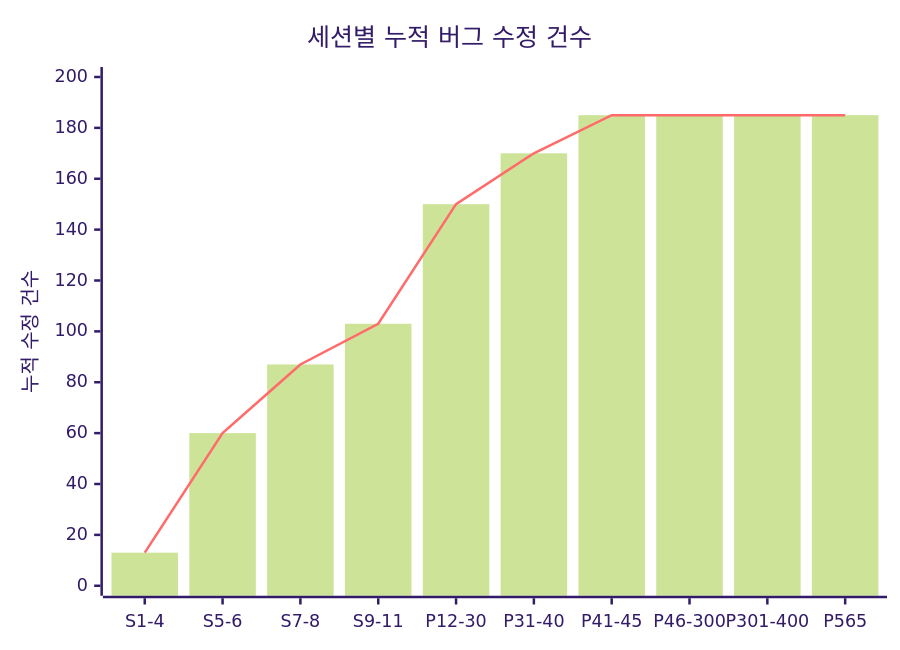
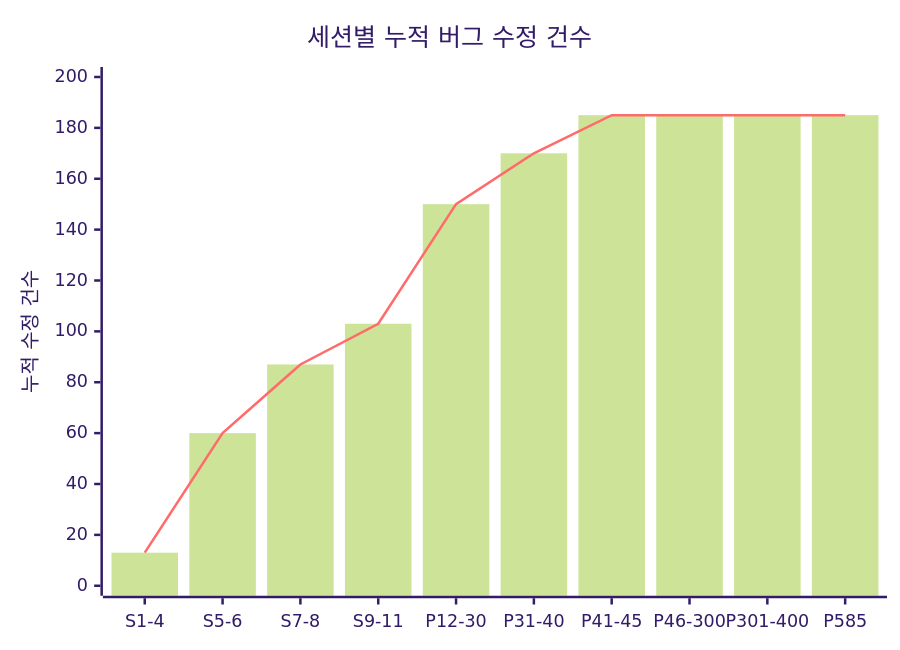
Diagram 22 of 30 in README.md (sun475300-sudo/Swarm-control-in-sc2bot), drawn with Mermaid (forest theme) before and after one commit. The commit also changed other lines of this file, not shown here.

````diff
--- a/README.md
+++ b/README.md
@@ -1244,8 +1014,8 @@
 ```mermaid
 xychart-beta
     title "세션별 누적 버그 수정 건수"
-    x-axis ["S1-4", "S5-6", "S7-8", "S9-11", "P12-30", "P31-40", "P41-45", "P46-300", "P301-400", "P565"]
+    x-axis ["S1-4", "S5-6", "S7-8", "S9-11", "P12-30", "P31-40", "P41-45", "P46-300", "P301-400", "P585"]
     y-axis "누적 수정 건수" 0 --> 200
     bar [13, 60, 87, 103, 150, 170, 185, 185, 185, 185]
     line [13, 60, 87, 103, 150, 170, 185, 185, 185, 185]
 ```
````
